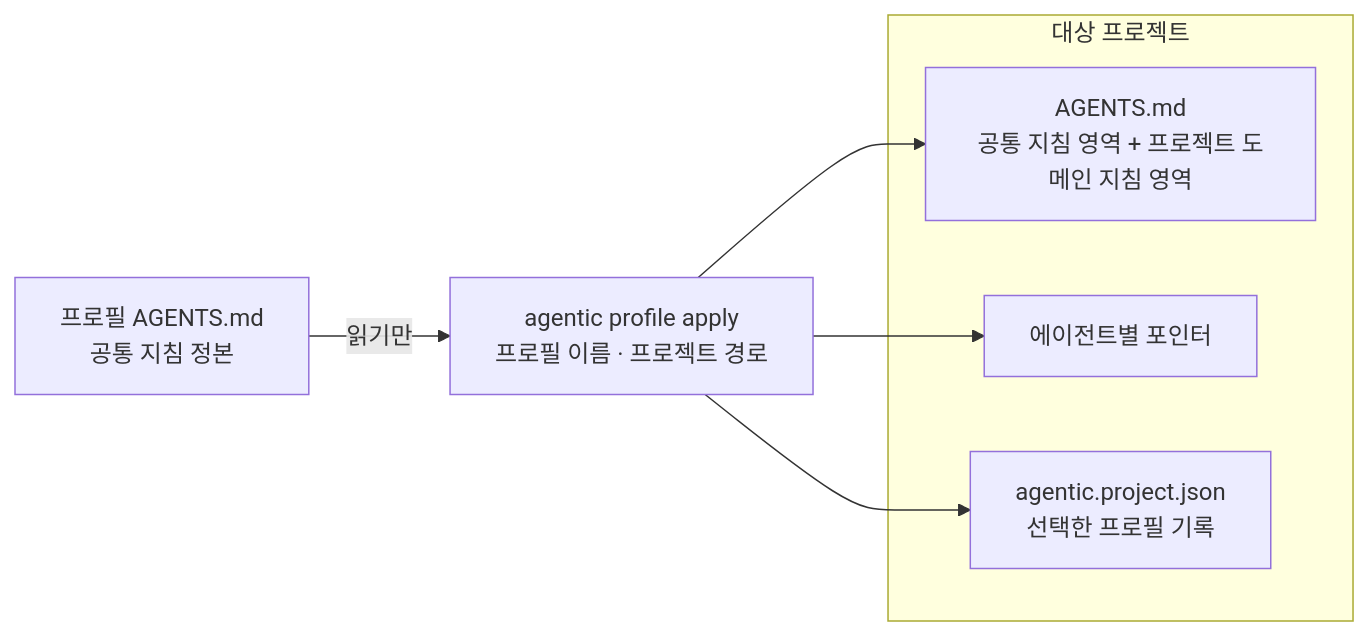
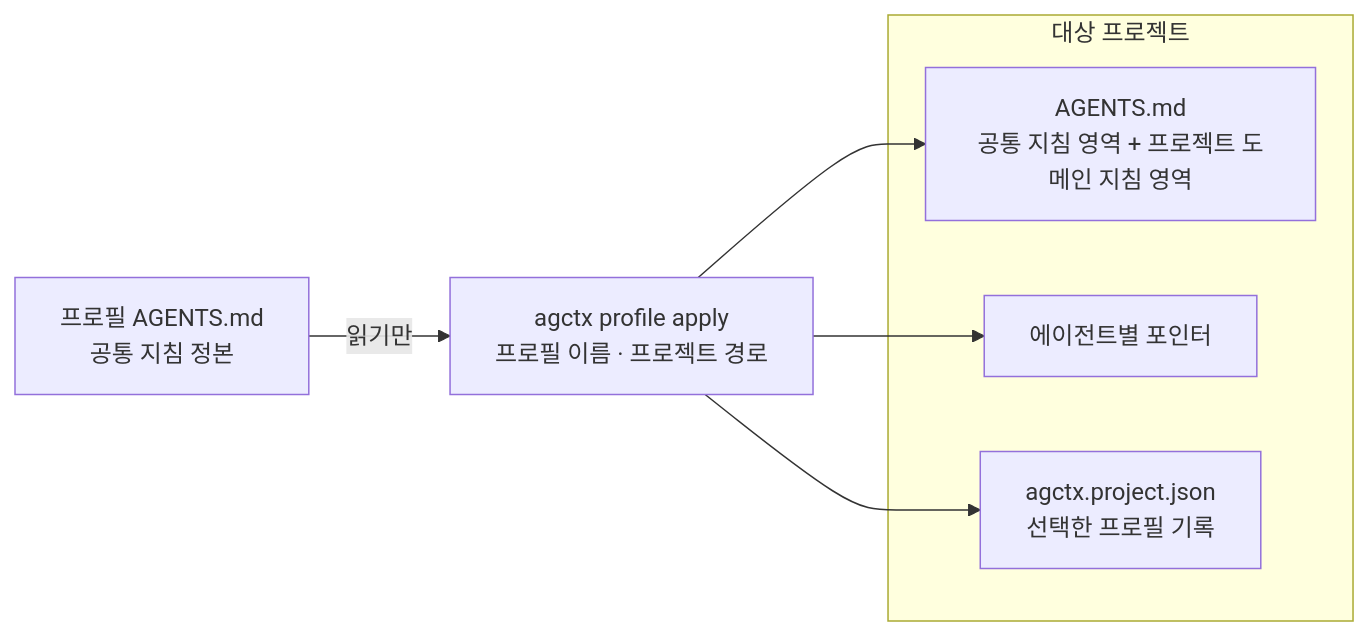
The diagram in docs/discussion/architecture/topics/project-application.md (IsthisLee/agent-context-manager), drawn with Mermaid before and after one commit. The commit also changed other lines of this file and 73 other files, not shown here.

````diff
--- a/docs/discussion/architecture/topics/project-application.md
+++ b/docs/discussion/architecture/topics/project-application.md
@@ -37,12 +37,12 @@
 ```mermaid
 flowchart LR
-  PA["프로필 AGENTS.md<br/>공통 지침 정본"] -->|읽기만| CMD["agentic profile apply<br/>프로필 이름 · 프로젝트 경로"]
+  PA["프로필 AGENTS.md<br/>공통 지침 정본"] -->|읽기만| CMD["agctx profile apply<br/>프로필 이름 · 프로젝트 경로"]
   CMD --> PJ
   CMD --> PTR
   CMD --> META
   subgraph PROJ["대상 프로젝트"]
     PJ["AGENTS.md<br/>공통 지침 영역 + 프로젝트 도메인 지침 영역"]
     PTR["에이전트별 포인터"]
-    META["agentic.project.json<br/>선택한 프로필 기록"]
+    META["agctx.project.json<br/>선택한 프로필 기록"]
   end
 ```
````
